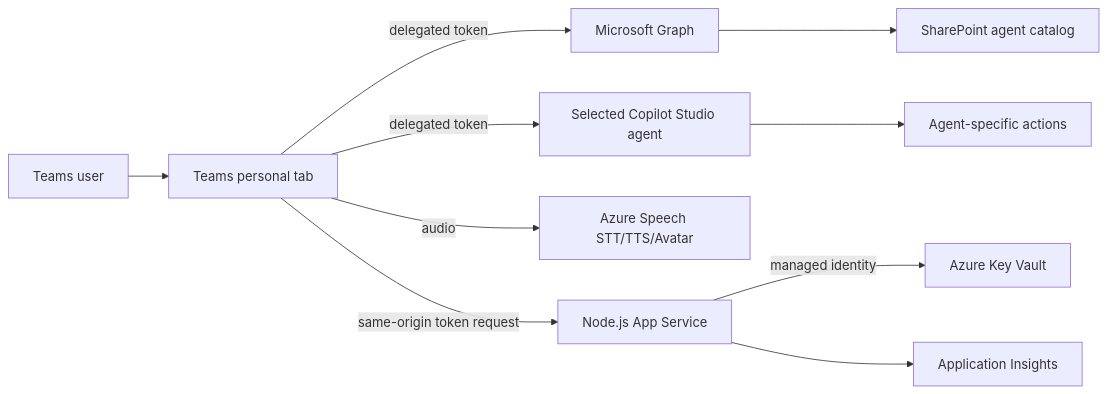
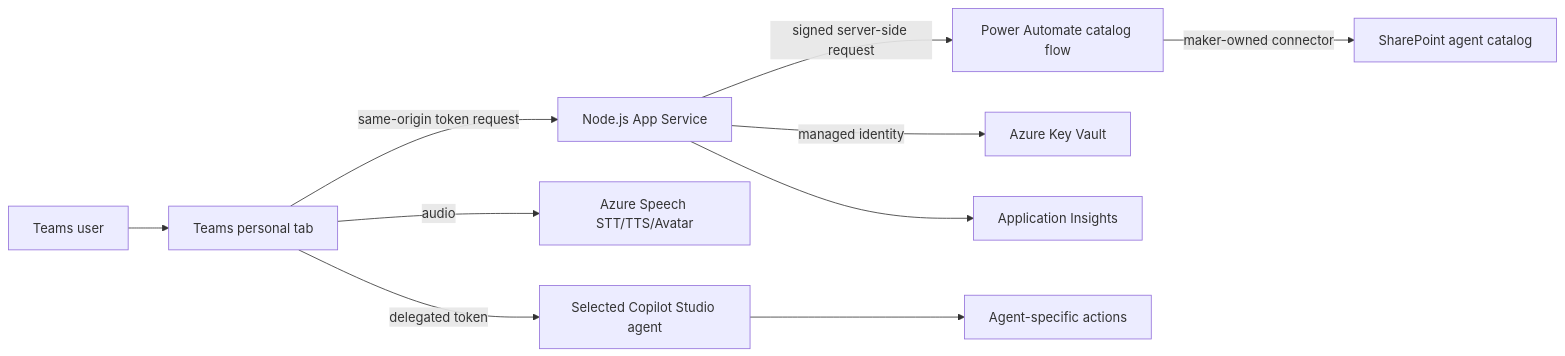
The diagram in README.md (KarimaKT/voice-agent-catalog), drawn with Mermaid before and after one commit. The commit also changed other lines of this file and 20 other files, not shown here.

````diff
--- a/README.md
+++ b/README.md
@@ -72,12 +77,12 @@
 ```mermaid
 flowchart LR
     U[Teams user] --> T[Teams personal tab]
-    T -->|delegated token| G[Microsoft Graph]
-    G --> L[SharePoint agent catalog]
     T -->|delegated token| C[Selected Copilot Studio agent]
     T -->|audio| S[Azure Speech STT/TTS/Avatar]
     T -->|same-origin token request| W[Node.js App Service]
+    W -->|signed server-side request| F[Power Automate catalog flow]
+    F -->|maker-owned connector| L[SharePoint agent catalog]
     W -->|managed identity| K[Azure Key Vault]
     W --> A[Application Insights]
     C --> X[Agent-specific actions]
 ```
````
